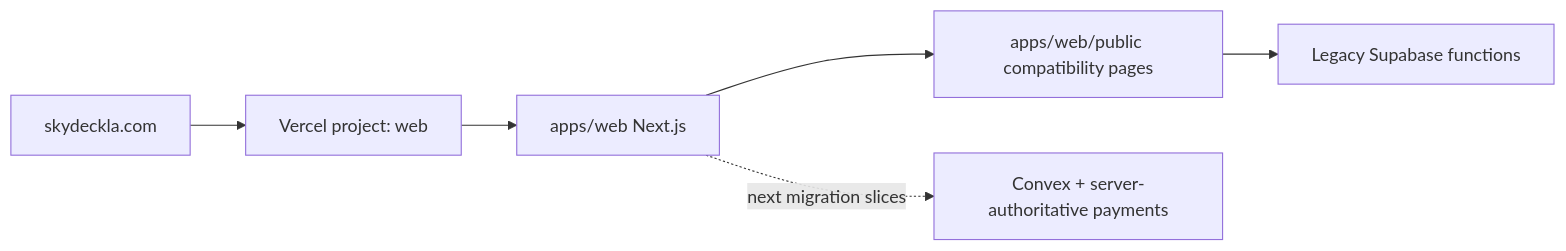
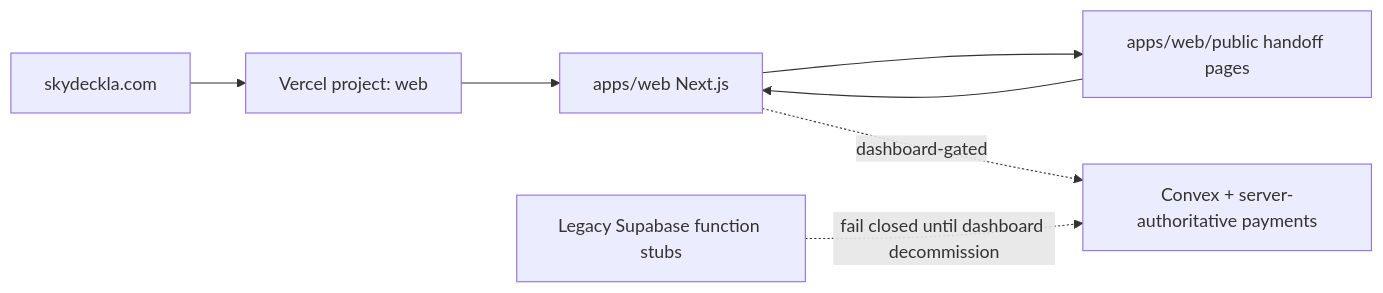
One commit to junyengit/skyla changed the diagram in README.md. Above: the diagram before and after it, drawn with Mermaid. The commit also changed other lines of this file and 11 other files, not shown here.

````diff
--- a/README.md
+++ b/README.md
@@ -27,14 +27,15 @@
 ```mermaid
 flowchart LR
   domain["skydeckla.com"]
   vercel["Vercel project: web"]
   web["apps/web Next.js"]
-  bridge["apps/web/public compatibility pages"]
-  legacyBackend["Legacy Supabase functions"]
-  future["Convex + server-authoritative payments"]
+  bridge["apps/web/public handoff pages"]
+  convex["Convex + server-authoritative payments"]
+  supabase["Legacy Supabase function stubs"]
 
   domain --> vercel --> web
   web --> bridge
-  bridge --> legacyBackend
-  web -. next migration slices .-> future
+  bridge --> web
+  web -. "dashboard-gated" .-> convex
+  supabase -. "fail closed until dashboard decommission" .-> convex
 ```
````
